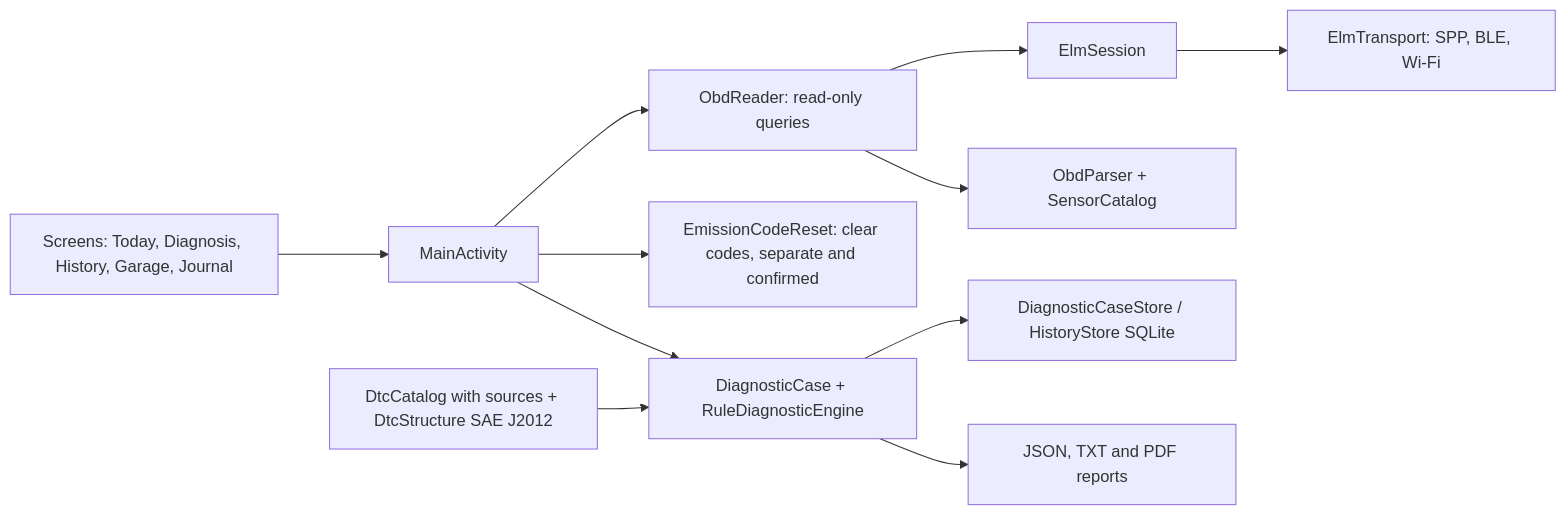
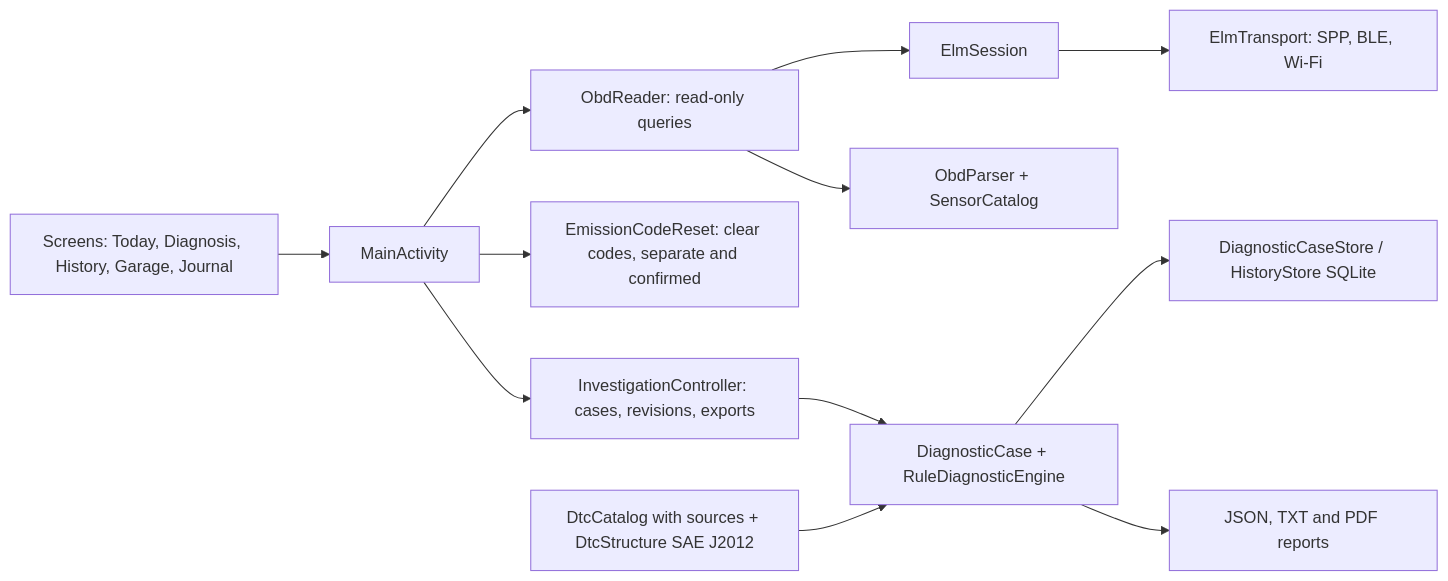
One commit to YagoBorba/BorbaCarLabs changed the diagram in README.md. Above: the diagram before and after it, drawn with Mermaid. The commit also changed other lines of this file and 10 other files, not shown here.

````diff
--- a/README.md
+++ b/README.md
@@ -101,12 +109,13 @@
 ```mermaid
 flowchart LR
     UI[Screens: Today, Diagnosis, History, Garage, Journal] --> MA[MainActivity]
     MA --> OR[ObdReader: read-only queries]
     MA --> EC[EmissionCodeReset: clear codes, separate and confirmed]
     OR --> ES[ElmSession] --> T[ElmTransport: SPP, BLE, Wi-Fi]
     OR --> P[ObdParser + SensorCatalog]
-    MA --> DC[DiagnosticCase + RuleDiagnosticEngine]
+    MA --> IC[InvestigationController: cases, revisions, exports]
+    IC --> DC[DiagnosticCase + RuleDiagnosticEngine]
     K[DtcCatalog with sources + DtcStructure SAE J2012] --> DC
     DC --> H[DiagnosticCaseStore / HistoryStore SQLite]
     DC --> R[JSON, TXT and PDF reports]
 ```
````
